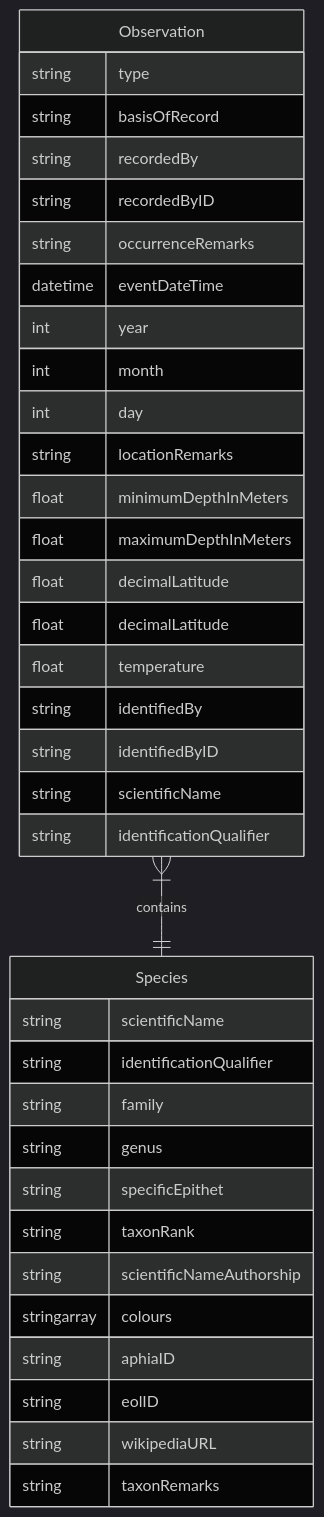
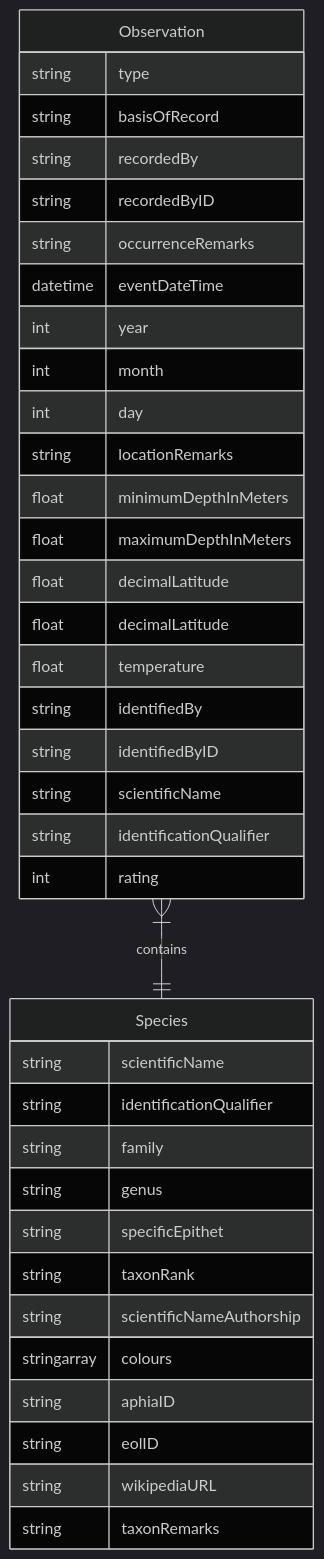
Before and after one commit to mpfl/nudis: the diagram in design/data-model.md, drawn with Mermaid (dark theme). The commit also changed other lines of this file and 9 other files, not shown here.

````diff
--- a/design/data-model.md
+++ b/design/data-model.md
@@ -5,39 +5,40 @@
 ```mermaid
 erDiagram
     Species {
         string scientificName
         string identificationQualifier
         string family
         string genus
         string specificEpithet
         string taxonRank
         string scientificNameAuthorship
         stringarray colours
         string aphiaID
         string eolID
         string wikipediaURL
         string taxonRemarks
     }
     Observation }|--|| Species: contains
     Observation {
         string type
         string basisOfRecord
         string recordedBy
         string recordedByID
         string occurrenceRemarks
         datetime eventDateTime
         int year
         int month
         int day
         string locationRemarks
         float minimumDepthInMeters
         float maximumDepthInMeters
         float decimalLatitude
         float decimalLatitude
         float temperature
         string identifiedBy
         string identifiedByID
         string scientificName
         string identificationQualifier
+        int rating
     }
 ```
````
